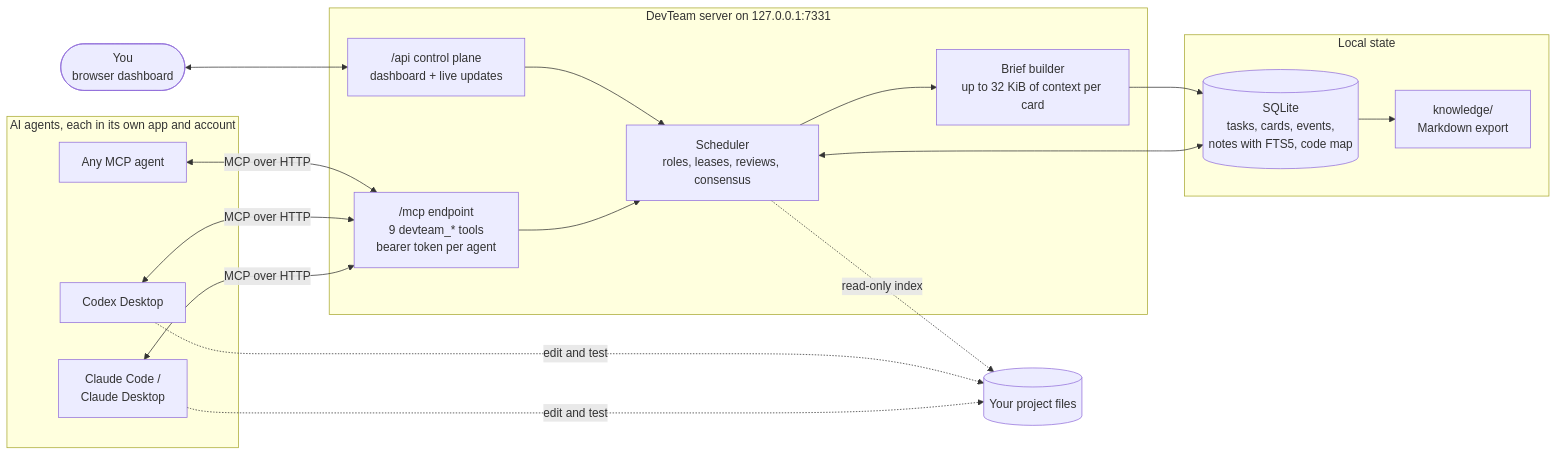
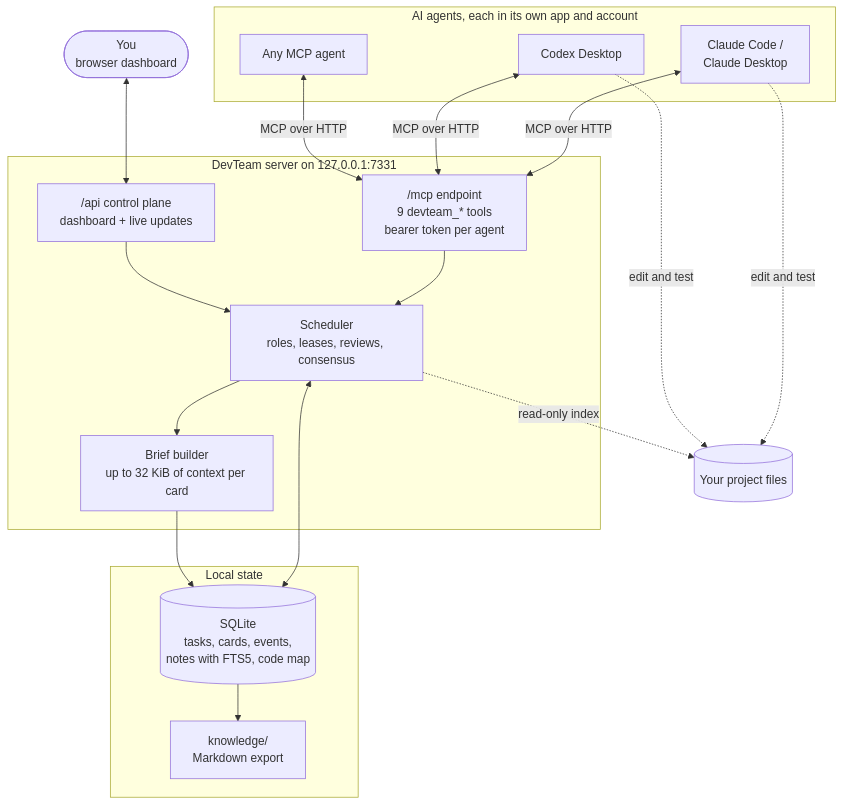
Before and after one commit to ItsAloka/DevTeam: the first of 3 diagrams in README.md, drawn with Mermaid. The commit also changed other lines of this file, not shown here.

Commit message:
Point README links at the ItsAloka account and draw the architecture top-down

````diff
--- a/README.md
+++ b/README.md
@@ -82,34 +82,34 @@
 ```mermaid
-flowchart LR
+flowchart TB
     H(["You<br/>browser dashboard"])
     subgraph Agents["AI agents, each in its own app and account"]
         CL["Claude Code /<br/>Claude Desktop"]
         CX["Codex Desktop"]
         OT["Any MCP agent"]
     end
     subgraph DT["DevTeam server on 127.0.0.1:7331"]
         MCP["/mcp endpoint<br/>9 devteam_* tools<br/>bearer token per agent"]
         API["/api control plane<br/>dashboard + live updates"]
         CORE["Scheduler<br/>roles, leases, reviews, consensus"]
         BRIEF["Brief builder<br/>up to 32 KiB of context per card"]
     end
     subgraph Store["Local state"]
         DB[("SQLite<br/>tasks, cards, events,<br/>notes with FTS5, code map")]
         VAULT["knowledge/<br/>Markdown export"]
     end
     REPO[("Your project files")]
 
     H <--> API
     CL <-->|MCP over HTTP| MCP
     CX <-->|MCP over HTTP| MCP
     OT <-->|MCP over HTTP| MCP
     MCP --> CORE
     API --> CORE
     CORE --> BRIEF
     CORE <--> DB
     BRIEF --> DB
     DB --> VAULT
     CL -. edit and test .-> REPO
     CX -. edit and test .-> REPO
     CORE -. read-only index .-> REPO
 ```
````
